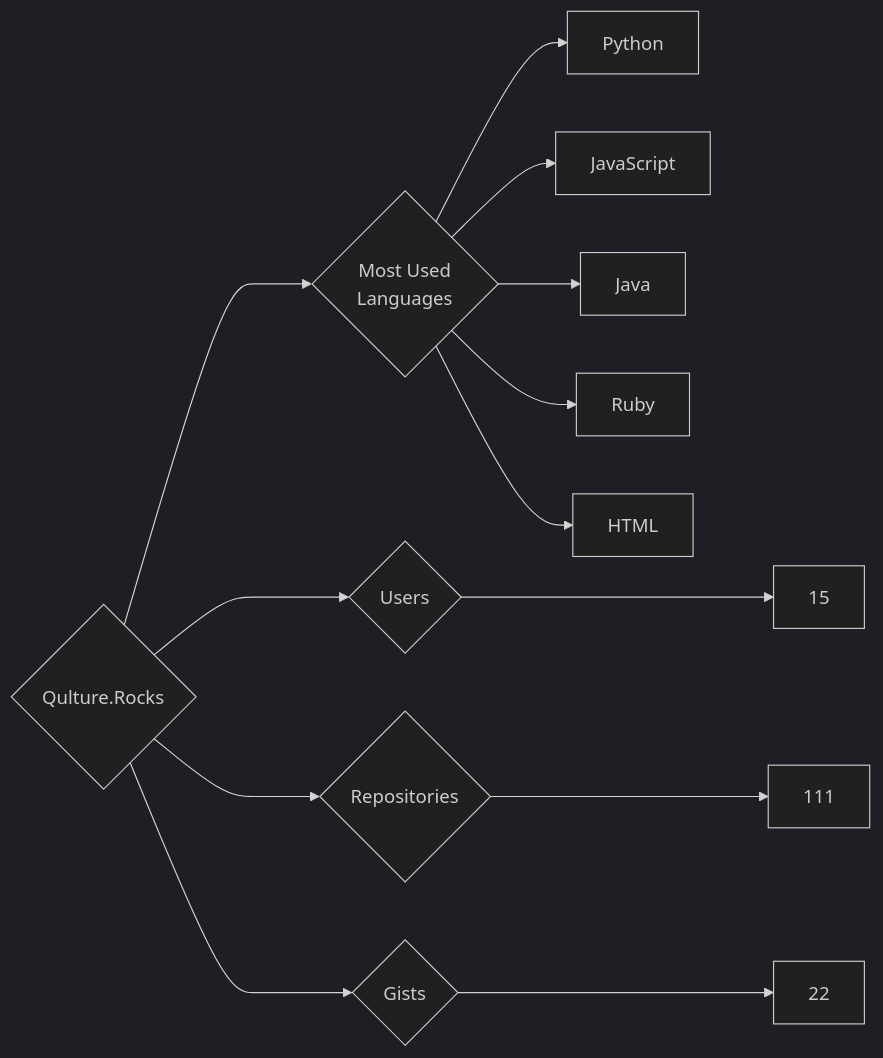
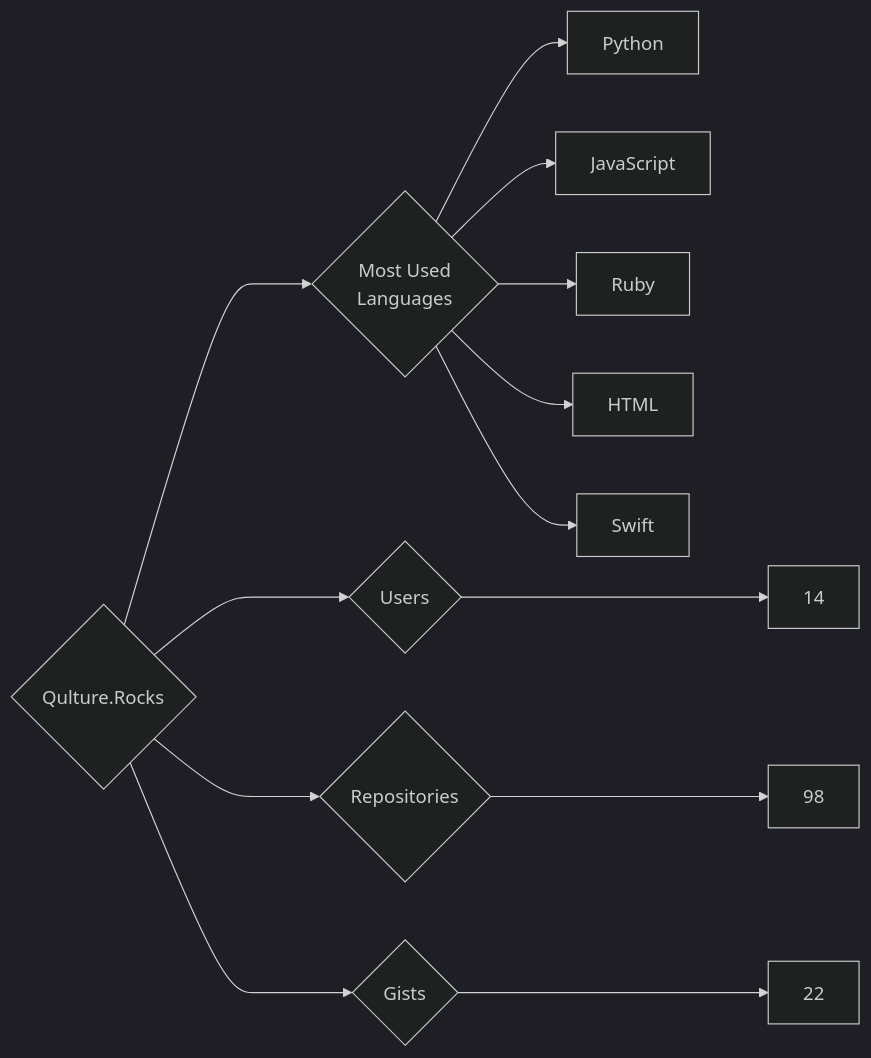
Before and after one commit to trickest/insiders: the diagram in targets/Qulture.Rocks/README.md, drawn with Mermaid (dark theme). The commit also changed 799 other files, not shown here.

````diff
--- a/targets/Qulture.Rocks/README.md
+++ b/targets/Qulture.Rocks/README.md
@@ -3,13 +3,13 @@
 ```mermaid
 graph LR
 COMPANY_NAME{Qulture.Rocks}
-COMPANY_NAME ---> U{Users} ---> UN[15]
-COMPANY_NAME ---> R{Repositories} ---> RN[111]
+COMPANY_NAME ---> U{Users} ---> UN[14]
+COMPANY_NAME ---> R{Repositories} ---> RN[98]
 COMPANY_NAME ---> G{Gists} ---> GN[22]
 COMPANY_NAME ---> ML{Most Used<br>Languages}
 ML --> Python[Python]
 ML --> JavaScript[JavaScript]
-ML --> Java[Java]
 ML --> Ruby[Ruby]
 ML --> HTML[HTML]
+ML --> Swift[Swift]
 ```
````
